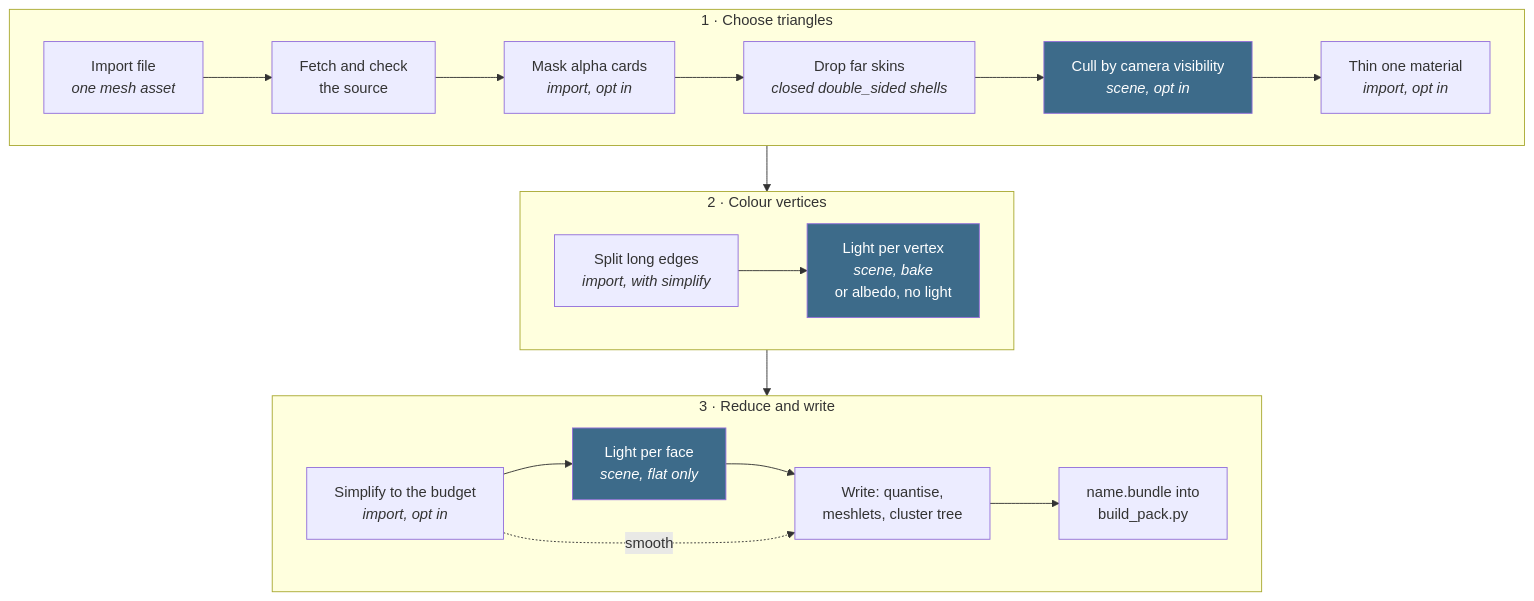
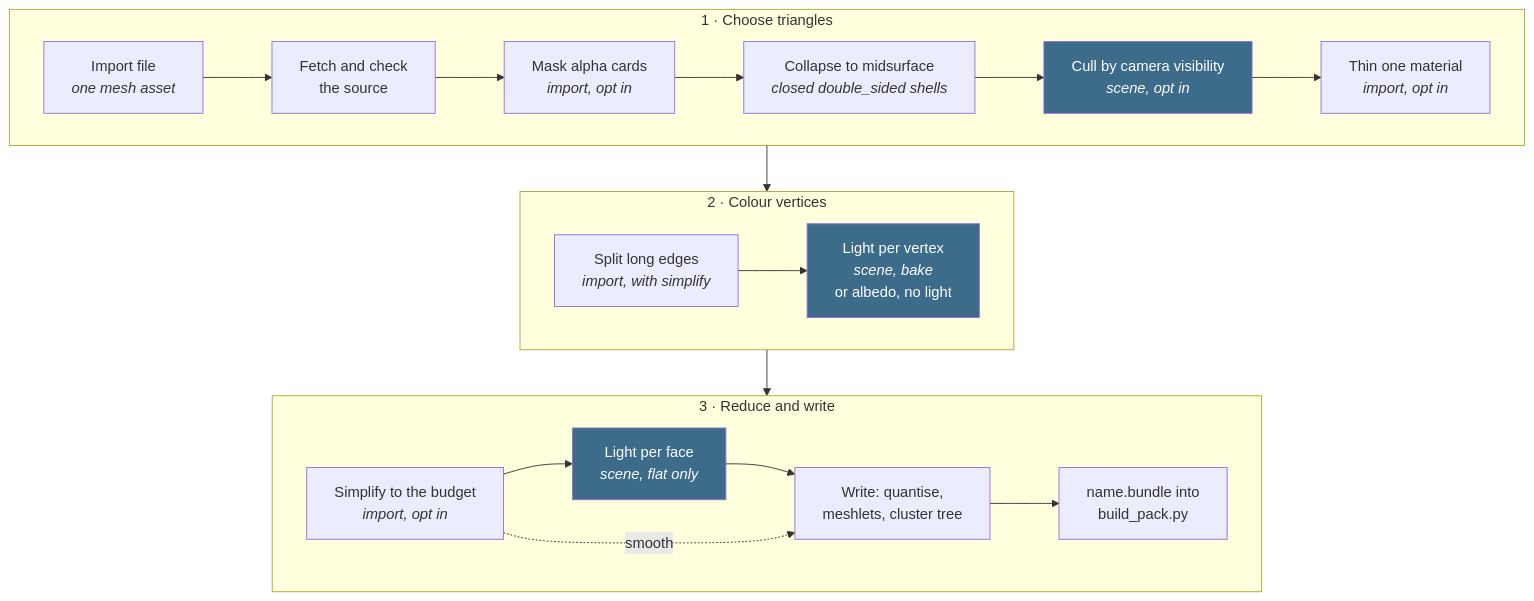
The first of 3 diagrams in docs/render/offline/Mesh-Import.md (jose-villegas/autana), drawn with Mermaid before and after one commit. The commit also changed other lines of this file and 17 other files, not shown here.

Commit message:
r3d: a closed double_sided shell collapses to its midsurface; double-sided triangles light their back on the reversed normal, read off the far skin, and the fit trains each side from the pixels that see it

````diff
--- a/docs/render/offline/Mesh-Import.md
+++ b/docs/render/offline/Mesh-Import.md
@@ -8,19 +8,19 @@
 ```mermaid
 flowchart TB
     subgraph Cut["1 · Choose triangles"]
     direction LR
-    Import["Import file<br/><i>one mesh asset</i>"] --> Fetch["Fetch and check<br/>the source"] --> Mask["Mask alpha cards<br/><i>import, opt in</i>"] --> Skin["Drop far skins<br/><i>closed double_sided shells</i>"] --> Vis["Cull by camera visibility<br/><i>scene, opt in</i>"] --> Thin["Thin one material<br/><i>import, opt in</i>"]
+    Import["Import file<br/><i>one mesh asset</i>"] --> Fetch["Fetch and check<br/>the source"] --> Mask["Mask alpha cards<br/><i>import, opt in</i>"] --> Skin["Collapse to midsurface<br/><i>closed double_sided shells</i>"] --> Vis["Cull by camera visibility<br/><i>scene, opt in</i>"] --> Thin["Thin one material<br/><i>import, opt in</i>"]
     end
     subgraph Light["2 · Colour vertices"]
     direction LR
     Dense["Split long edges<br/><i>import, with simplify</i>"] --> Lit["Light per vertex<br/><i>scene, bake</i><br/>or albedo, no light"]
     end
     subgraph Finish["3 · Reduce and write"]
     direction LR
     Simp["Simplify to the budget<br/><i>import, opt in</i>"] --> Face["Light per face<br/><i>scene, flat only</i>"] --> Write["Write: quantise,<br/>meshlets, cluster tree"] --> Pack["name.bundle into<br/>build_pack.py"]
     Simp -. smooth .-> Write
     end
     Cut --> Light --> Finish
     classDef scene fill:#3d6b8a,color:#fff
     class Vis,Lit,Face scene
 ```
````
